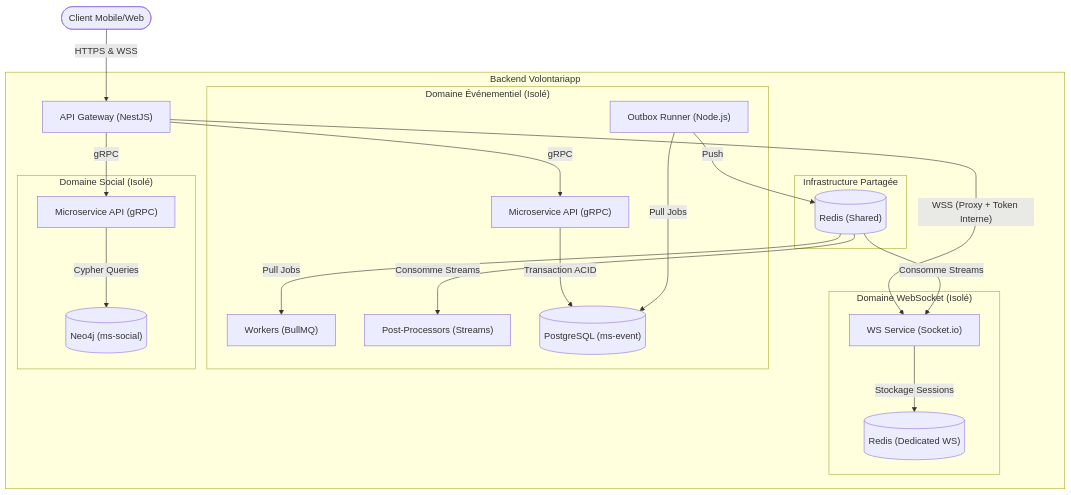
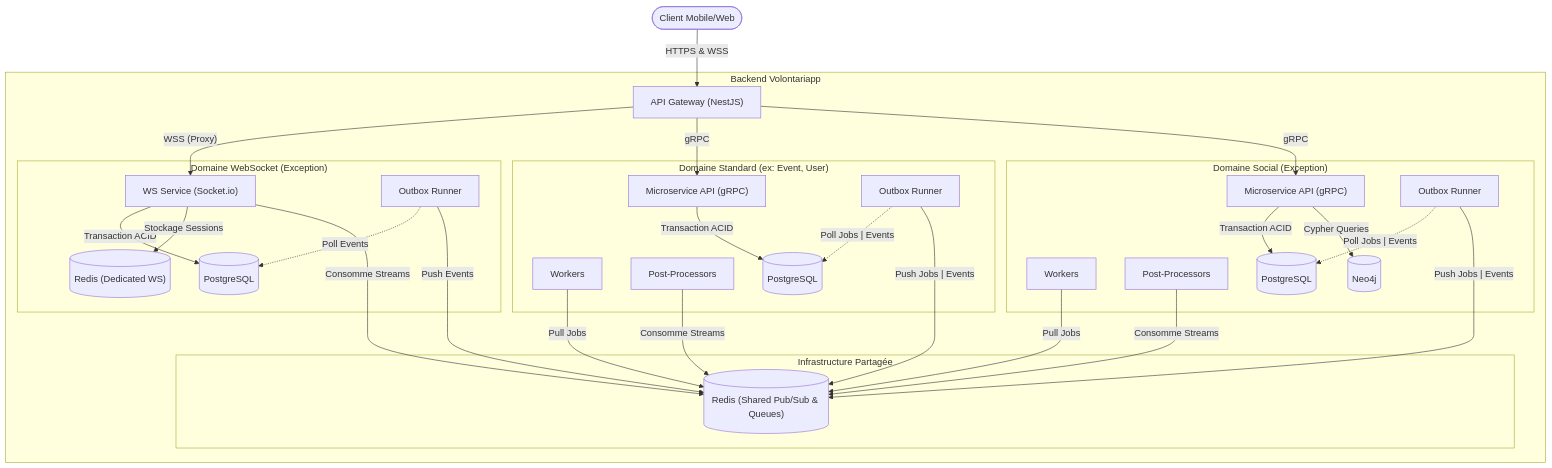
The diagram in docs/C2-Containers.md (Volontariapp/meta), drawn with Mermaid before and after one commit. The commit also changed other lines of this file, not shown here.

Commit message:
feat(docs): README up to date

````diff
--- a/docs/C2-Containers.md
+++ b/docs/C2-Containers.md
@@ -27,48 +29,75 @@
 ```mermaid
 flowchart TD
     user(["Client Mobile/Web"])
 
     subgraph backend ["Backend Volontariapp"]
         
         api_gateway["API Gateway (NestJS)"]
         
-        subgraph ws_domain ["Domaine WebSocket (Isolé)"]
+        subgraph ws_domain ["Domaine WebSocket (Exception)"]
             ws_service["WS Service (Socket.io)"]
+            outbox_ws["Outbox Runner"]
+            db_pg_ws[("PostgreSQL")]
             db_redis_ws[("Redis (Dedicated WS)")]
         end
 
-        subgraph domain_event ["Domaine Événementiel (Isolé)"]
+        subgraph domain_event ["Domaine Standard (ex: Event, User)"]
             ms_event["Microservice API (gRPC)"]
-            outbox_event["Outbox Runner (Node.js)"]
-            worker_event["Workers (BullMQ)"]
-            pp_event["Post-Processors (Streams)"]
-            db_pg_event[("PostgreSQL (ms-event)")]
+            outbox_event["Outbox Runner"]
+            worker_event["Workers"]
+            pp_event["Post-Processors"]
+            db_pg_event[("PostgreSQL")]
         end
         
-        subgraph domain_social ["Domaine Social (Isolé)"]
+        subgraph domain_social ["Domaine Social (Exception)"]
             ms_social["Microservice API (gRPC)"]
-            db_neo4j[("Neo4j (ms-social)")]
+            outbox_social["Outbox Runner"]
+            worker_social["Workers"]
+            pp_social["Post-Processors"]
+            db_pg_social[("PostgreSQL")]
+            db_neo4j[("Neo4j")]
+        end
+
+        subgraph shared_infra ["Infrastructure Partagée"]
+            db_redis[("Redis (Shared Pub/Sub & Queues)")]
         end
         
-        subgraph shared_infra ["Infrastructure Partagée"]
-            db_redis[("Redis (Shared)")]
-        end
+        %% --- Alignement forcé vers le bas ---
+        db_pg_ws ~~~ db_redis
+        db_pg_event ~~~ db_redis
+        db_neo4j ~~~ db_redis
     end
 
+    %% --- 1. Trafic Entrant ---
     user -- "HTTPS & WSS" --> api_gateway
     
-    api_gateway -- "WSS (Proxy + Token Interne)" --> ws_service
+    %% --- 2. Routage Interne (Gateway) ---
+    api_gateway -- "WSS (Proxy)" --> ws_service
     api_gateway -- "gRPC" --> ms_event
     api_gateway -- "gRPC" --> ms_social
     
+    %% --- 3. Persistance Isolée (Top-Down) ---
+    ws_service -- "Transaction ACID" --> db_pg_ws
+    ws_service -- "Stockage Sessions" --> db_redis_ws
     ms_event -- "Transaction ACID" --> db_pg_event
-    outbox_event -- "Pull Jobs" --> db_pg_event
-    outbox_event -- "Push" --> db_redis
+    ms_social -- "Transaction ACID" --> db_pg_social
+    ms_social -- "Cypher Queries" --> db_neo4j
     
-    ms_social -- "Cypher Queries" --> db_neo4j
-    ws_service -- "Stockage Sessions" --> db_redis_ws
+    %% --- 4. Outbox Polling (Local) ---
+    outbox_ws -. "Poll Events" .-> db_pg_ws
+    outbox_event -. "Poll Jobs | Events" .-> db_pg_event
+    outbox_social -. "Poll Jobs | Events" .-> db_pg_social
     
-    db_redis -- "Pull Jobs" --> worker_event
-    db_redis -- "Consomme Streams" --> pp_event
-    db_redis -- "Consomme Streams" --> ws_service
+    %% --- 5. Bus de Messages Partagé (Redis) ---
+    %% Publication (Top -> Bottom)
+    outbox_ws -- "Push Events" --> db_redis
+    outbox_event -- "Push Jobs | Events" --> db_redis
+    outbox_social -- "Push Jobs | Events" --> db_redis
+    
+    %% Consommation (Top -> Bottom)
+    ws_service -- "Consomme Streams" --> db_redis
+    worker_event -- "Pull Jobs" --> db_redis
+    pp_event -- "Consomme Streams" --> db_redis
+    worker_social -- "Pull Jobs" --> db_redis
+    pp_social -- "Consomme Streams" --> db_redis
 ```
````
